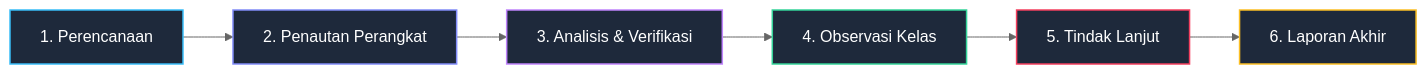
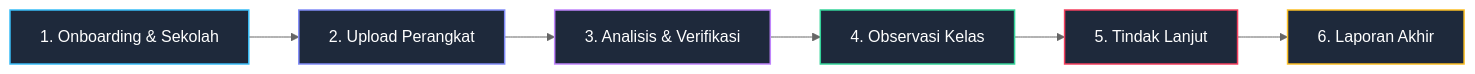
Before and after one commit to Hnzsama/supervisi_sekolah: the first of 2 diagrams in docs/03-alur-kerja-bisnis.md, drawn with Mermaid (neutral theme). The commit also changed other lines of this file and 13 other files, not shown here.

````diff
--- a/docs/03-alur-kerja-bisnis.md
+++ b/docs/03-alur-kerja-bisnis.md
@@ -7,15 +7,15 @@
 ```mermaid
 flowchart LR
-    T1["1. Perencanaan"] --> T2["2. Penautan Perangkat"]
+    T1["1. Onboarding & Sekolah"] --> T2["2. Upload Perangkat"]
     T2 --> T3["3. Analisis & Verifikasi"]
     T3 --> T4["4. Observasi Kelas"]
     T4 --> T5["5. Tindak Lanjut"]
     T5 --> T6["6. Laporan Akhir"]
 
     style T1 fill:#1e293b,stroke:#38bdf8,stroke-width:1.5px,color:#fff
     style T2 fill:#1e293b,stroke:#818cf8,stroke-width:1.5px,color:#fff
     style T3 fill:#1e293b,stroke:#c084fc,stroke-width:1.5px,color:#fff
     style T4 fill:#1e293b,stroke:#34d399,stroke-width:1.5px,color:#fff
     style T5 fill:#1e293b,stroke:#f43f5e,stroke-width:1.5px,color:#fff
     style T6 fill:#1e293b,stroke:#fbbf24,stroke-width:1.5px,color:#fff
 ```
````
